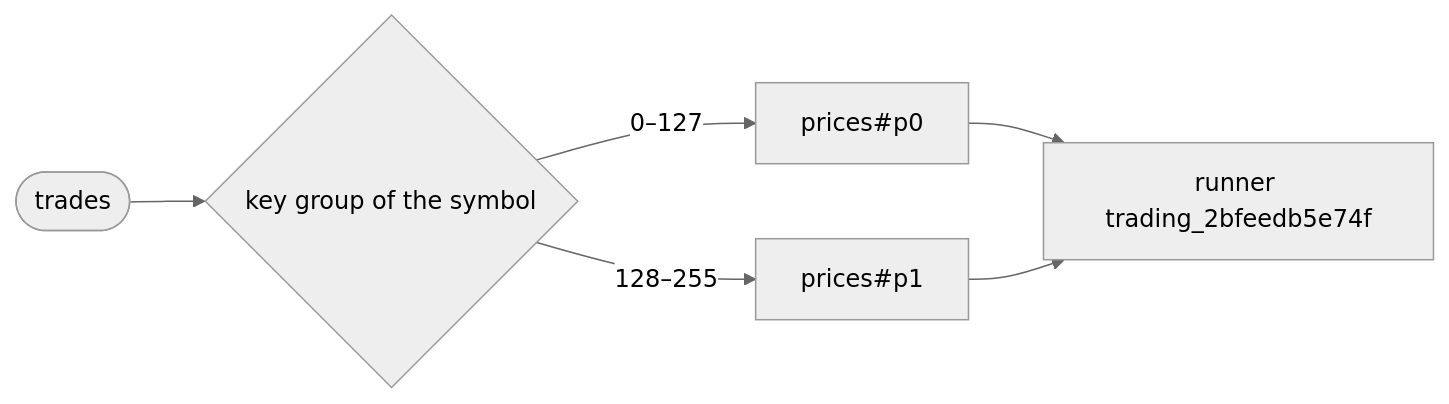
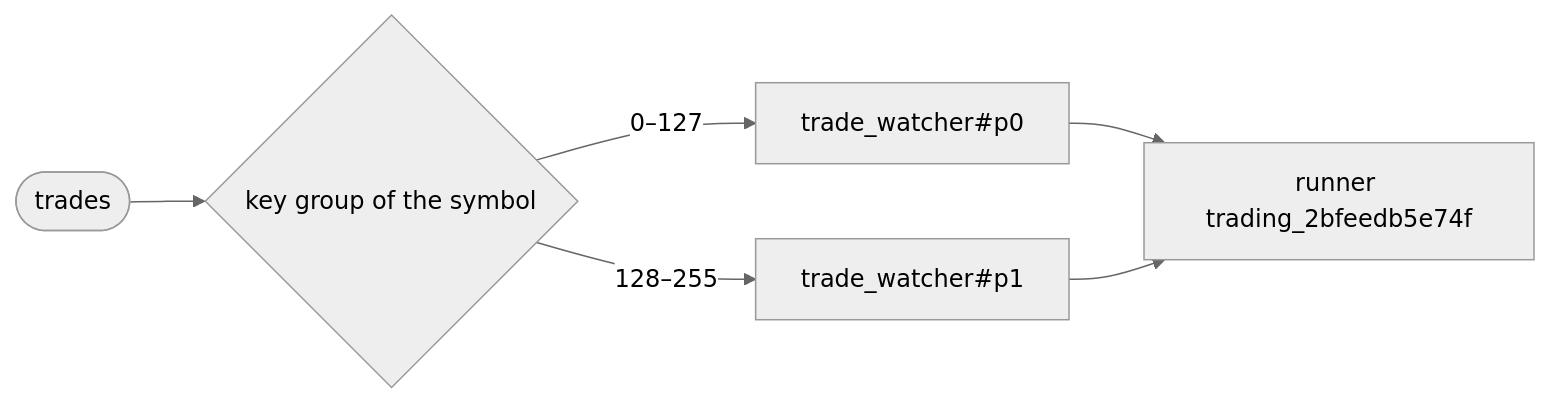
The second of 2 diagrams in docs/guides/tradedesk/partitioning.md (Flezha/flezha), drawn with Mermaid (neutral theme) before and after one commit. The commit also changed other lines of this file and 10 other files, not shown here.

First line of the commit message:
Call the desk's operators trade_watcher and order_executor

````diff
--- a/docs/guides/tradedesk/partitioning.md
+++ b/docs/guides/tradedesk/partitioning.md
@@ -83,8 +83,8 @@
 ```mermaid
 flowchart LR
     T(["trades"]) --> H{"key group of the symbol"}
-    H -->|"0–127"| P0["prices#p0"]
-    H -->|"128–255"| P1["prices#p1"]
+    H -->|"0–127"| P0["trade_watcher#p0"]
+    H -->|"128–255"| P1["trade_watcher#p1"]
     P0 --> R["runner trading_2bfeedb5e74f"]
     P1 --> R
 ```
````
